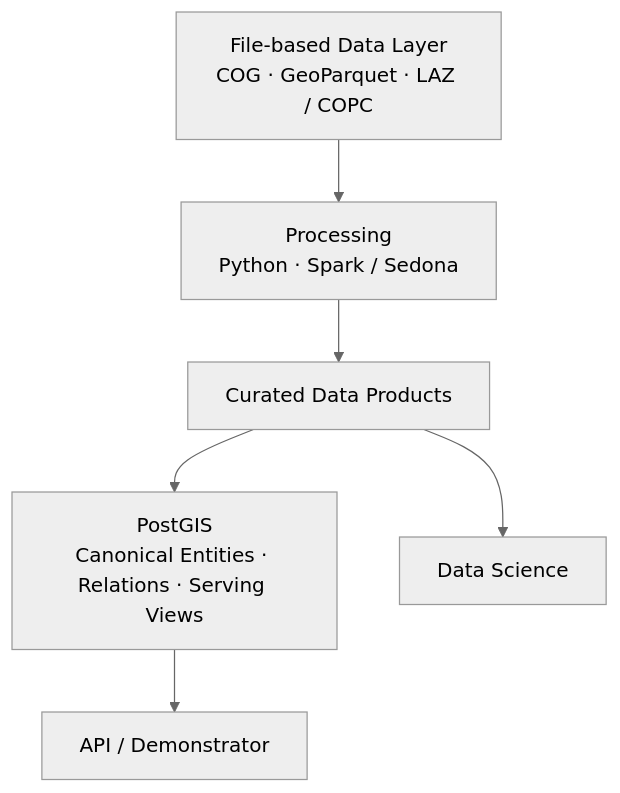
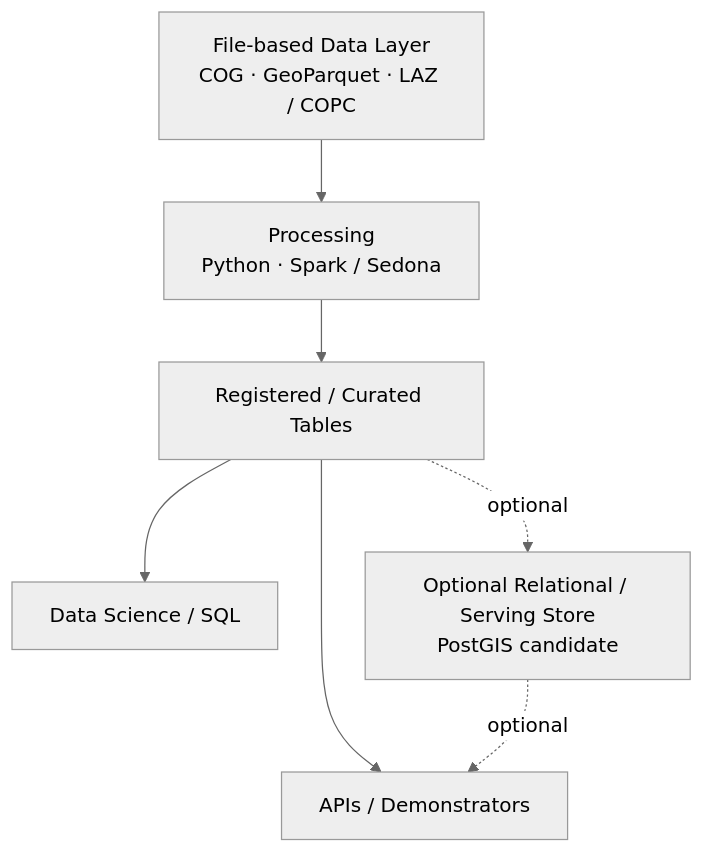
Before and after one commit to Thomas-Malchers/urban_ai_lab: the first of 2 diagrams in docs/l2-storage-access.md, drawn with Mermaid (neutral theme). The commit also changed other lines of this file and 4 other files, not shown here.

````diff
--- a/docs/l2-storage-access.md
+++ b/docs/l2-storage-access.md
@@ -9,12 +27,15 @@
 ```mermaid
 flowchart TD
     F["File-based Data Layer<br/>COG · GeoParquet · LAZ / COPC"]
     P["Processing<br/>Python · Spark / Sedona"]
-    C["Curated Data Products"]
-    DB["PostGIS<br/>Canonical Entities · Relations · Serving Views"]
-    DS["Data Science"]
-    API["API / Demonstrator"]
-    F --> P --> C
-    C --> DS
-    C --> DB --> API
+    T["Registered / Curated Tables"]
+    DS["Data Science / SQL"]
+    APP["APIs / Demonstrators"]
+    R["Optional Relational / Serving Store<br/>PostGIS candidate"]
+
+    F --> P --> T
+    T --> DS
+    T --> APP
+    T -. optional .-> R
+    R -. optional .-> APP
 ```
````
